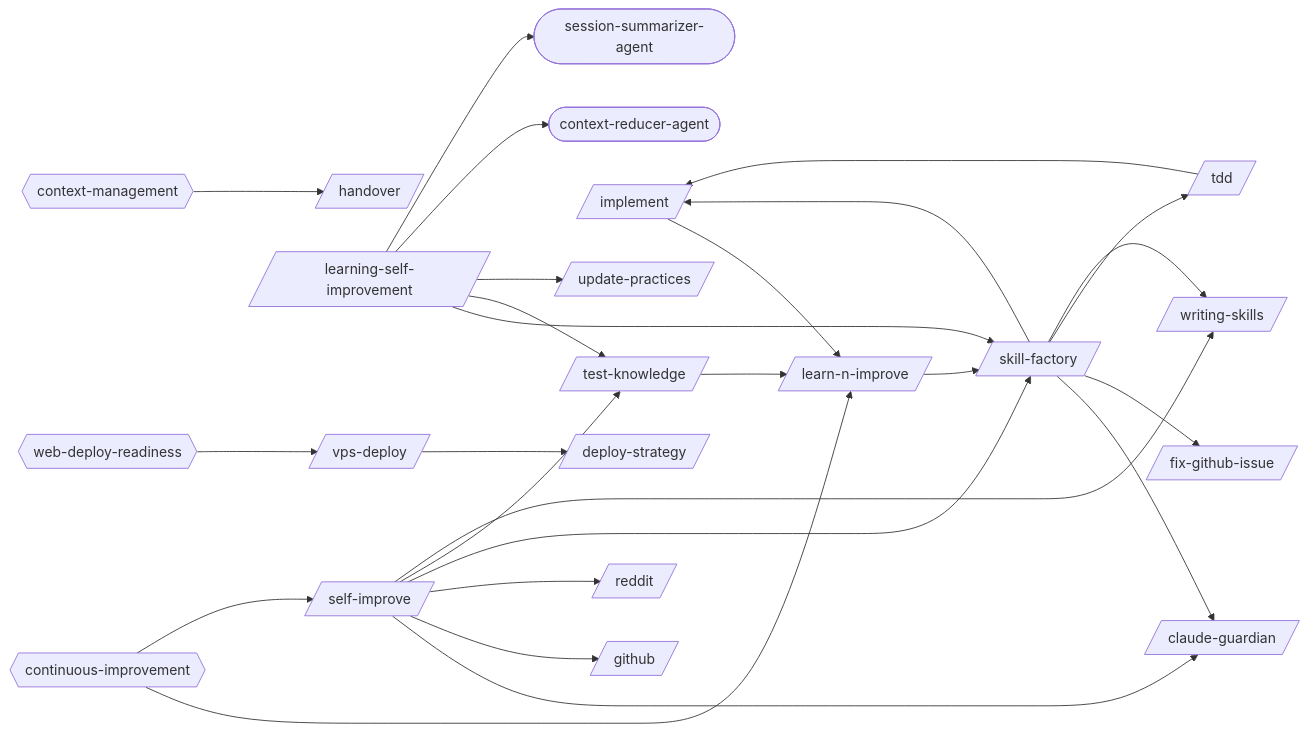
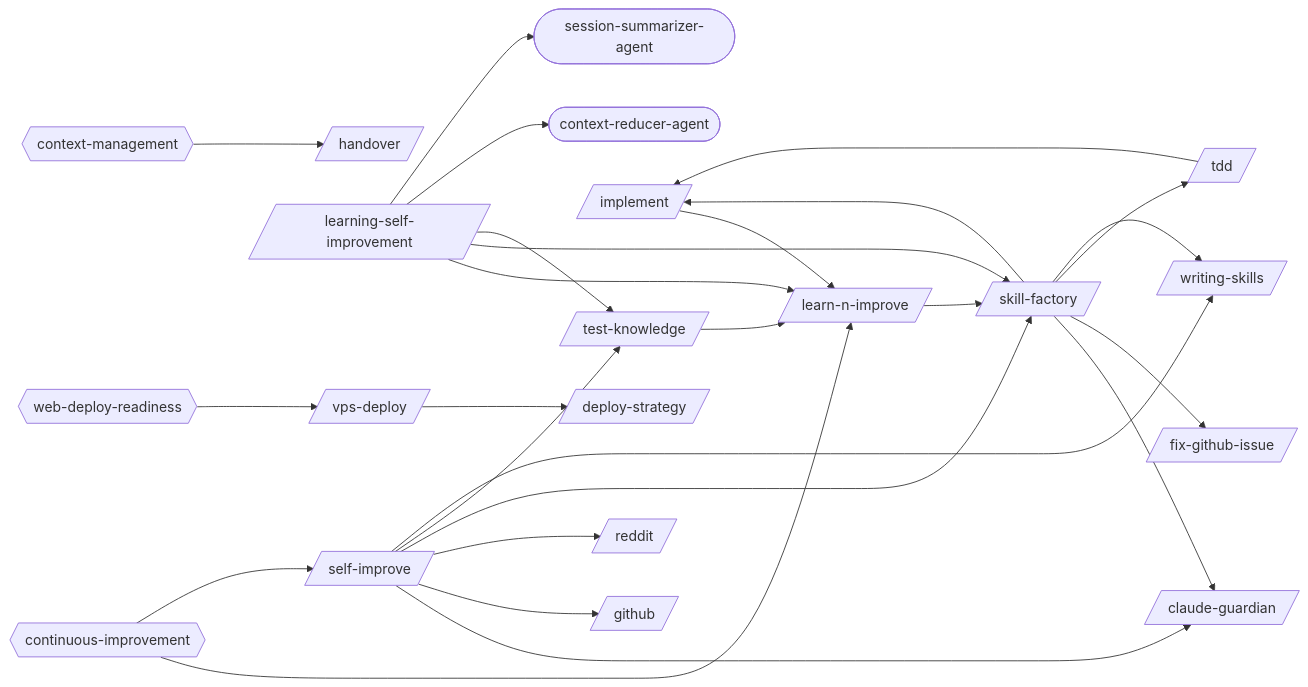
Before and after one commit to abhayla/claude-best-practices: the first of 20 diagrams in docs/workflows/learning-self-improvement.md, drawn with Mermaid. The commit also changed other lines of this file and 21 other files, not shown here.

````diff
--- a/docs/workflows/learning-self-improvement.md
+++ b/docs/workflows/learning-self-improvement.md
@@ -9,49 +9,48 @@
 ```mermaid
 graph LR
     claude_guardian[/claude-guardian/]
     deploy_strategy[/deploy-strategy/]
     fix_github_issue[/fix-github-issue/]
     github[/github/]
     handover[/handover/]
     implement[/implement/]
     learn_n_improve[/learn-n-improve/]
     learning_self_improvement[/learning-self-improvement/]
     reddit[/reddit/]
     self_improve[/self-improve/]
     skill_factory[/skill-factory/]
     tdd[/tdd/]
     test_knowledge[/test-knowledge/]
-    update_practices[/update-practices/]
     vps_deploy[/vps-deploy/]
     writing_skills[/writing-skills/]
     context_reducer_agent([context-reducer-agent])
     session_summarizer_agent([session-summarizer-agent])
     context_management{{context-management}}
     continuous_improvement{{continuous-improvement}}
     web_deploy_readiness{{web-deploy-readiness}}
     implement --> learn_n_improve
     learn_n_improve --> skill_factory
+    learning_self_improvement --> learn_n_improve
     learning_self_improvement --> skill_factory
     learning_self_improvement --> test_knowledge
-    learning_self_improvement --> update_practices
     learning_self_improvement --> context_reducer_agent
     learning_self_improvement --> session_summarizer_agent
     skill_factory --> claude_guardian
     skill_factory --> fix_github_issue
     skill_factory --> implement
     skill_factory --> tdd
     skill_factory --> writing_skills
     tdd --> implement
     test_knowledge --> learn_n_improve
     vps_deploy --> deploy_strategy
     self_improve --> claude_guardian
     self_improve --> github
     self_improve --> reddit
     self_improve --> skill_factory
     self_improve --> test_knowledge
     self_improve --> writing_skills
     context_management --> handover
     continuous_improvement --> learn_n_improve
     continuous_improvement --> self_improve
     web_deploy_readiness --> vps_deploy
 ```
````
